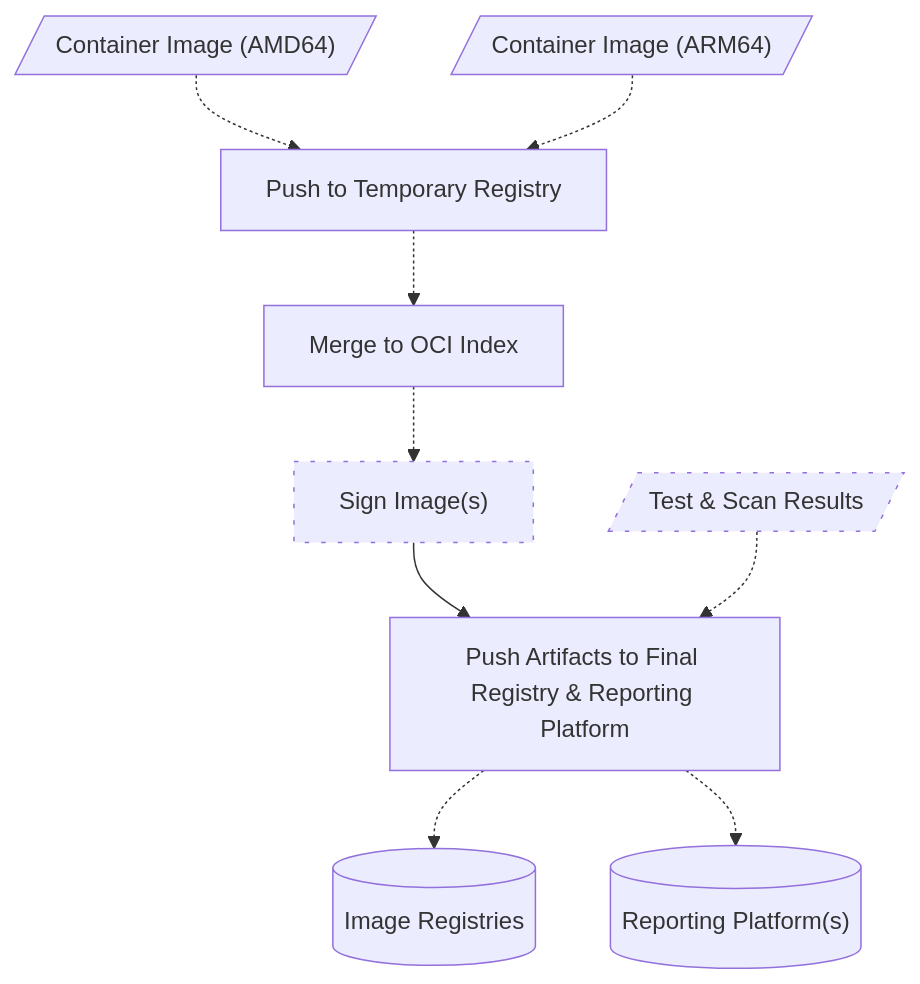
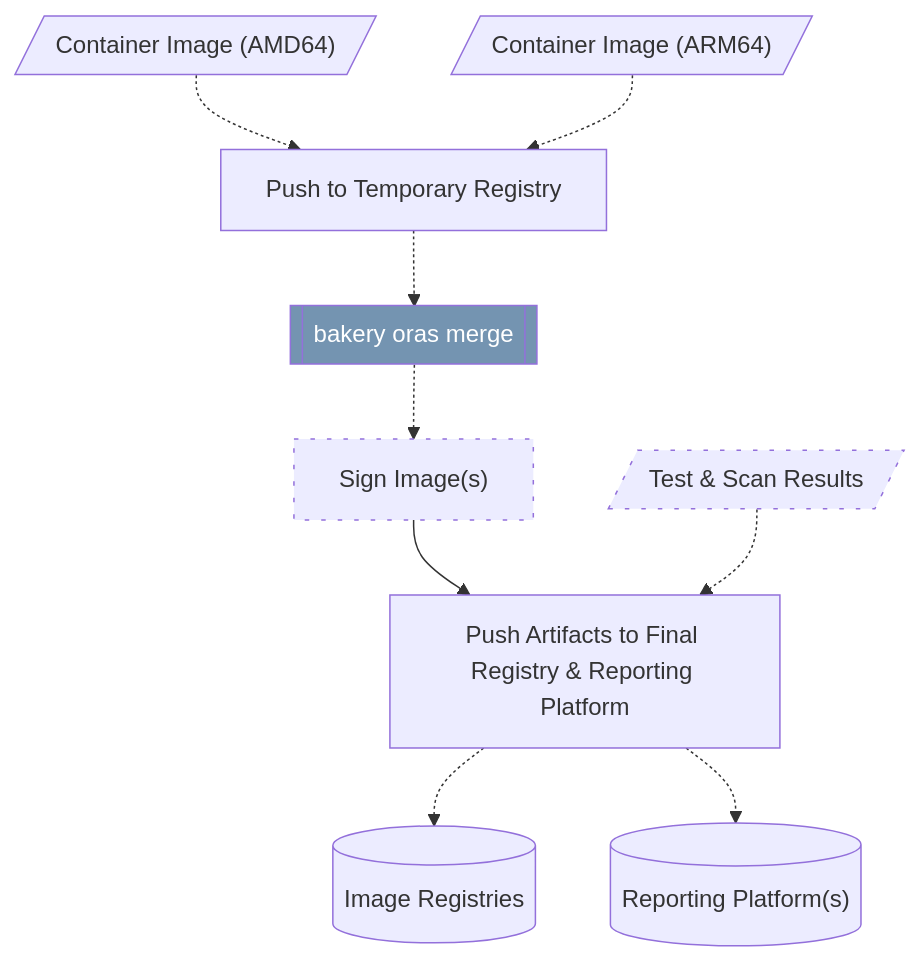
One commit to posit-dev/images-shared changed the eighth of 8 diagrams in posit-bakery/docs/architecture.qmd. Above: the diagram before and after it, drawn with Mermaid. The commit also changed other lines of this file and 1 other file, not shown here.

````diff
--- a/posit-bakery/docs/architecture.qmd
+++ b/posit-bakery/docs/architecture.qmd
@@ -281,29 +281,31 @@
 ```{mermaid}
 %%| fig-cap: "Bakery Multiplatform Publishing Workflow"
 flowchart TD
 
     amd64_image[/"Container Image (AMD64)"/]
     arm64_image[/"Container Image (ARM64)"/]
     results[/"Test & Scan Results"/]
 
     sign["Sign Image(s)"]
     push_temp["Push to Temporary Registry"]
-    merge["Merge to OCI Index"]
+    merge[["bakery oras merge"]]
     push["Push Artifacts to Final Registry & Reporting Platform"]
     amd64_image -.-> push_temp
     arm64_image -.-> push_temp
     push_temp -.-> merge -.-> sign --> push
 
     reg[("Image Registries")]
     sec[("Reporting Platform(s)")]
     push -.-> reg
     results -.-> push -.-> sec
 
     classDef tooling fill:#7494B1,color:#fff
     classDef external fill:grey,color:#fff
     classDef progress stroke-dasharray: 2 2
     classDef todo stroke-dasharray: 3 8
 
+    class merge tooling
+
     %% Mark what we are working on and is in flight %%
     class results,sign todo
 ```
````
